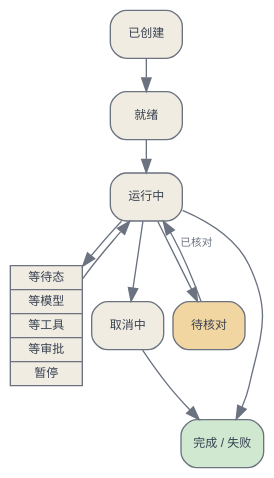
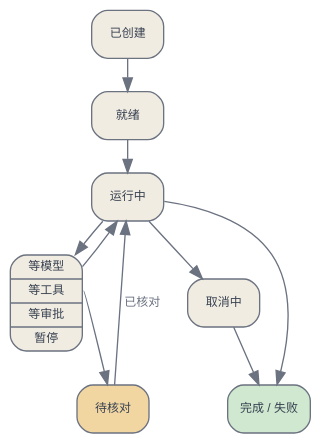
Before and after one commit to latere-ai/ai-as-an-infrastructure: the diagram in zh/orchestration/05-the-harness.qmd, drawn with Graphviz. The commit also changed 1 other file, not shown here.

Commit message:
orchestration: harness state machine groups the waits so it fits a phone column

````diff
--- a/zh/orchestration/05-the-harness.qmd
+++ b/zh/orchestration/05-the-harness.qmd
@@ -64,27 +64,27 @@
 ```{dot}
 //| label: fig-harness-state-machine
-//| fig-cap: “运行框架的状态机。等待和结果核对都是明确状态，不是输出流里的空白。”
+//| fig-cap: "运行框架的状态机。等待和暂停的四个状态合在一个框里，因为它们都会回到运行中。工具调用结果未知时，运行进入待核对，结果查明后才回到运行中。等待和结果核对都是明确状态，不是输出流里的空白。"
 digraph {
     bgcolor="transparent";
     rankdir=TB;
-    nodesep=0.10;
+    nodesep=0.24;
     ranksep=0.32;
     node [shape=box, style="rounded,filled", fontname="Helvetica", fontsize=9, color="#6b7280", fontcolor="#374151", fillcolor="#f1ece1"];
-    edge [fontname="Helvetica", fontsize=8, color="#6b7280", fontcolor="#6b7280"];
+    edge [fontname="Helvetica", fontsize=9, color="#6b7280", fontcolor="#6b7280"];
 
     C [label="已创建"];
     R [label="就绪"];
     X [label="运行中"];
-    W [shape=record, style="filled", label="{等待态|等模型|等工具|等审批|暂停}"];
+    W [shape=Mrecord, style="filled", label="{<m>等模型|<t>等工具|<a>等审批|<p>暂停}"];
     K [label="取消中"];
     Q [label="待核对", fillcolor="#f2d6a2"];
     D [label="完成 / 失败", fillcolor="#cfe8cf"];
 
     C -> R -> X;
     X -> W -> X;
     X -> K -> D;
-    X -> Q;
+    W:t -> Q;
     Q -> X [label="已核对"];
     X -> D;
 }
 ```
````
